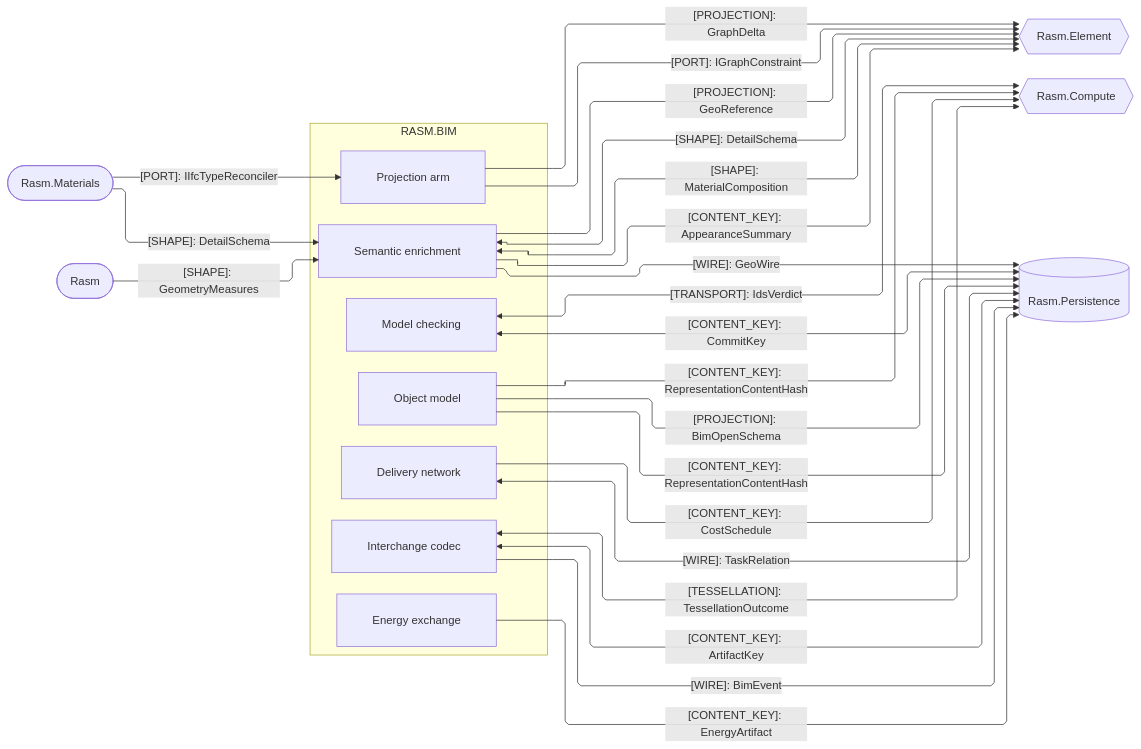
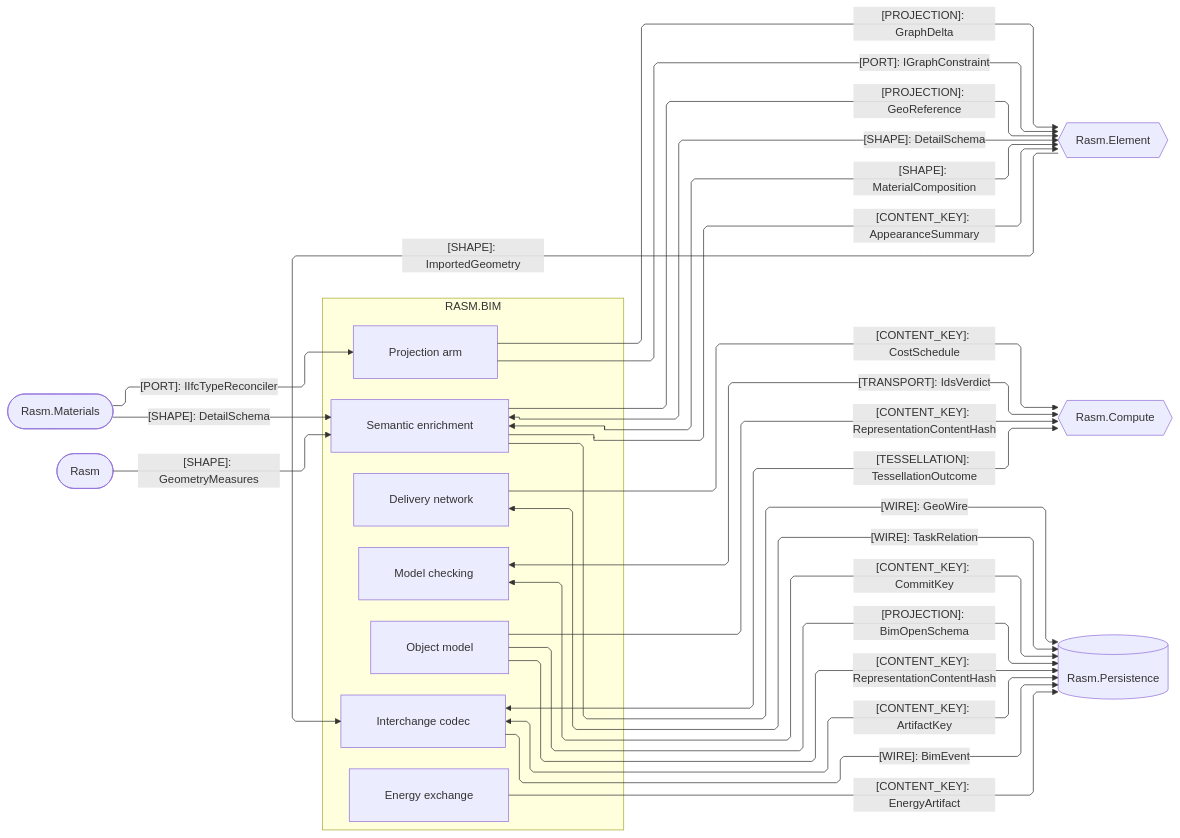
Before and after one commit to bsamiee/Rasm: the second of 3 diagrams in libs/csharp/Rasm.Bim/ARCHITECTURE.md, drawn with Mermaid. The commit also changed 236 other files, not shown here.

````diff
--- a/libs/csharp/Rasm.Bim/ARCHITECTURE.md
+++ b/libs/csharp/Rasm.Bim/ARCHITECTURE.md
@@ -119,47 +119,48 @@
 ```mermaid
 ---
 config:
   layout: elk
   flowchart:
     curve: linear
     padding: 25
 ---
 flowchart LR
     accTitle: Bim same-branch domain and storage seams
     accDescr: Bim sub-domain owners exchanging projections, content keys, and tessellation with the same-branch AEC peers and the durable store.
     subgraph bim[RASM.BIM]
         Projection[Projection arm]
         Model[Object model]
         Semantics[Semantic enrichment]
         Exchange[Interchange codec]
         Review[Model checking]
         Energy[Energy exchange]
         Planning[Delivery network]
     end
     Element{{Rasm.Element}}
     Compute{{Rasm.Compute}}
     Persistence[(Rasm.Persistence)]
     Materials([Rasm.Materials])
     Rasm([Rasm])
     Projection -->|"[PROJECTION]: GraphDelta"| Element
     Projection -->|"[PORT]: IGraphConstraint"| Element
+    Element -->|"[SHAPE]: ImportedGeometry"| Exchange
     Semantics <-->|"[SHAPE]: DetailSchema"| Element
     Semantics <-->|"[SHAPE]: MaterialComposition"| Element
     Semantics -->|"[CONTENT_KEY]: AppearanceSummary"| Element
     Semantics -->|"[PROJECTION]: GeoReference"| Element
     Materials -->|"[PORT]: IIfcTypeReconciler"| Projection
     Materials -->|"[SHAPE]: DetailSchema"| Semantics
     Rasm -->|"[SHAPE]: GeometryMeasures"| Semantics
     Model -->|"[CONTENT_KEY]: RepresentationContentHash"| Compute
     Exchange <-->|"[TESSELLATION]: TessellationOutcome"| Compute
     Review <-->|"[TRANSPORT]: IdsVerdict"| Compute
     Planning -->|"[CONTENT_KEY]: CostSchedule"| Compute
     Model -->|"[PROJECTION]: BimOpenSchema"| Persistence
     Model -->|"[CONTENT_KEY]: RepresentationContentHash"| Persistence
     Exchange <-->|"[CONTENT_KEY]: ArtifactKey"| Persistence
     Exchange -->|"[WIRE]: BimEvent"| Persistence
     Review <-->|"[CONTENT_KEY]: CommitKey"| Persistence
     Energy -->|"[CONTENT_KEY]: EnergyArtifact"| Persistence
     Planning <-->|"[WIRE]: TaskRelation"| Persistence
     Semantics -->|"[WIRE]: GeoWire"| Persistence
 ```
````
